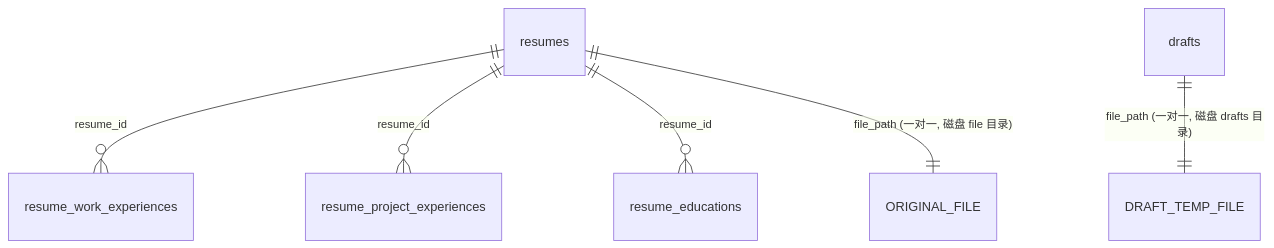
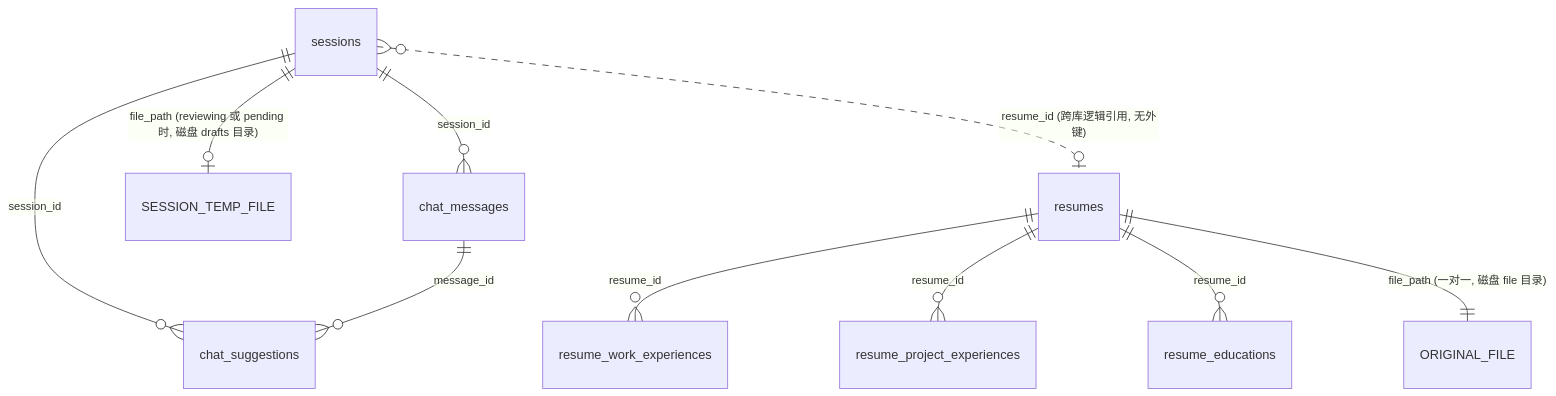
Before and after one commit to Bohamnan/Loopforge-use-demo: the diagram in backend-docs/HR_PR-1/02_schema/sql_ddl_resume.md, drawn with Mermaid. The commit also changed other lines of this file and 2 other files, not shown here.

Commit message:
docs(HR_PR-1): v2 Schema 与接口设计（OpenAPI 0.2.0 草稿）

````diff
--- a/backend-docs/HR_PR-1/02_schema/sql_ddl_resume.md
+++ b/backend-docs/HR_PR-1/02_schema/sql_ddl_resume.md
@@ -264,8 +355,12 @@
 ```mermaid
 erDiagram
+    sessions ||--o{ chat_messages : "session_id"
+    sessions ||--o{ chat_suggestions : "session_id"
+    chat_messages ||--o{ chat_suggestions : "message_id"
+    sessions ||--o| SESSION_TEMP_FILE : "file_path (reviewing 或 pending 时, 磁盘 drafts 目录)"
+    sessions }o..o| resumes : "resume_id (跨库逻辑引用, 无外键)"
     resumes ||--o{ resume_work_experiences : "resume_id"
     resumes ||--o{ resume_project_experiences : "resume_id"
     resumes ||--o{ resume_educations : "resume_id"
     resumes ||--|| ORIGINAL_FILE : "file_path (一对一, 磁盘 file 目录)"
-    drafts  ||--|| DRAFT_TEMP_FILE : "file_path (一对一, 磁盘 drafts 目录)"
 ```
````
